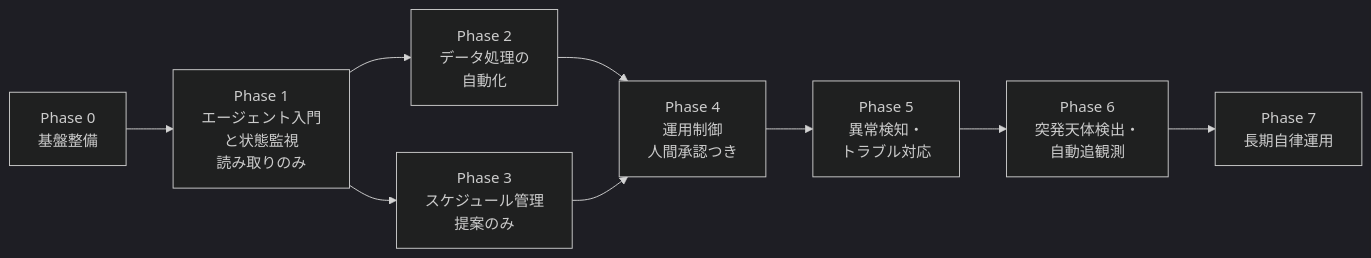
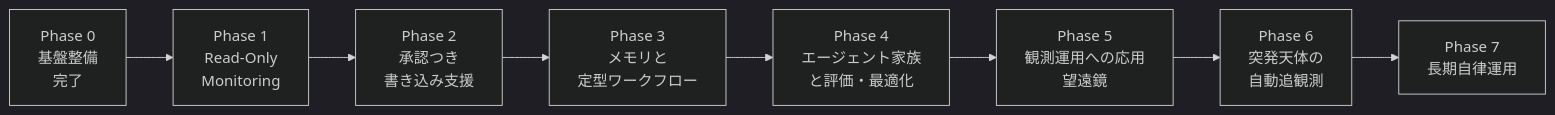
One commit to Hiroto-Masaoka/AI-agents-family changed the diagram in docs/ROADMAP.md. Above: the diagram before and after it, drawn with Mermaid (dark theme). The commit also changed other lines of this file and 26 other files, not shown here.

````diff
--- a/docs/ROADMAP.md
+++ b/docs/ROADMAP.md
@@ -9,10 +15,10 @@
 ```mermaid
 flowchart LR
-    P0[Phase 0<br/>基盤整備] --> P1[Phase 1<br/>エージェント入門<br/>と状態監視<br/>読み取りのみ]
-    P1 --> P2[Phase 2<br/>データ処理の<br/>自動化]
-    P1 --> P3[Phase 3<br/>スケジュール管理<br/>提案のみ]
-    P2 & P3 --> P4[Phase 4<br/>運用制御<br/>人間承認つき]
-    P4 --> P5[Phase 5<br/>異常検知・<br/>トラブル対応]
-    P5 --> P6[Phase 6<br/>突発天体検出・<br/>自動追観測]
+    P0[Phase 0<br/>基盤整備<br/>完了] --> P1[Phase 1<br/>Read-Only<br/>Monitoring]
+    P1 --> P2[Phase 2<br/>承認つき<br/>書き込み支援]
+    P2 --> P3[Phase 3<br/>メモリと<br/>定型ワークフロー]
+    P3 --> P4[Phase 4<br/>エージェント家族<br/>と評価・最適化]
+    P4 --> P5[Phase 5<br/>観測運用への応用<br/>望遠鏡]
+    P5 --> P6[Phase 6<br/>突発天体の<br/>自動追観測]
     P6 --> P7[Phase 7<br/>長期自律運用]
 ```
````
